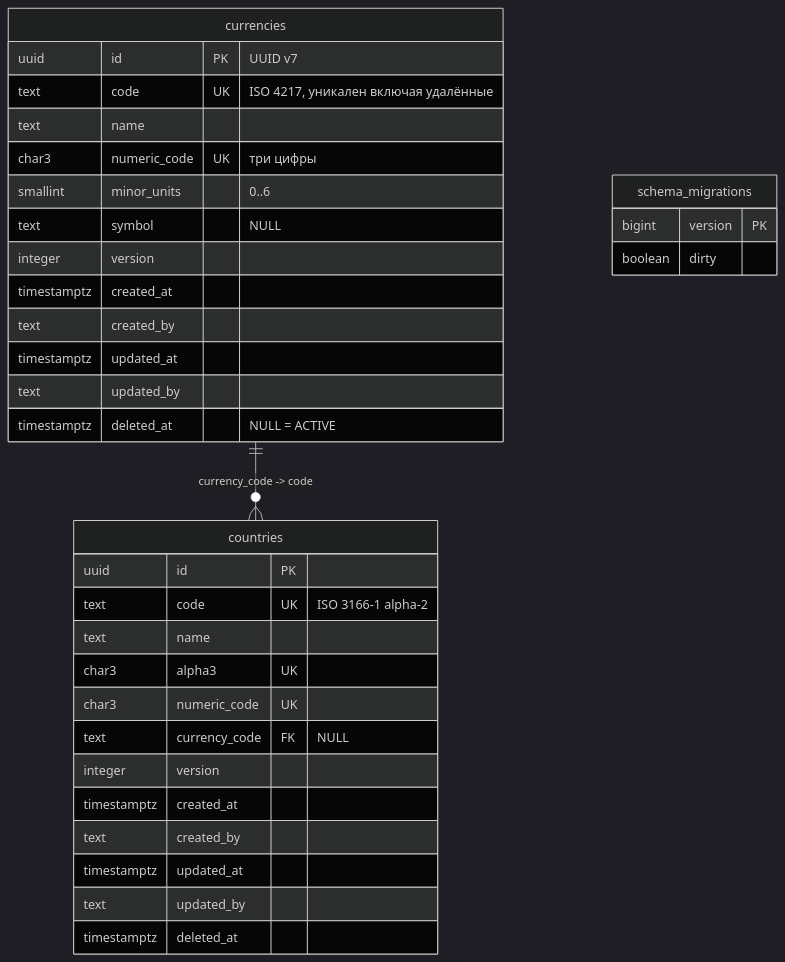
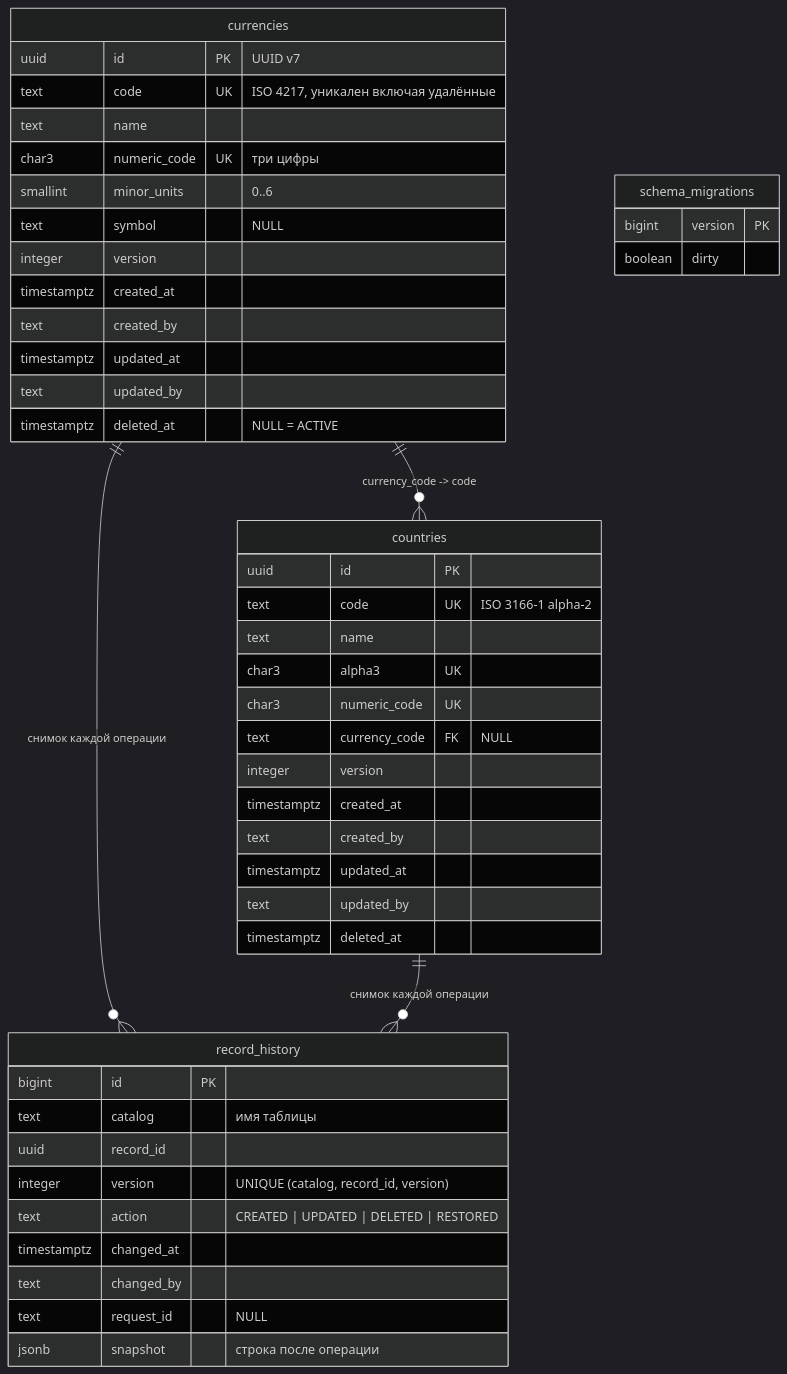
One commit to MEPhI-C22-501/arch-info-system-monorepo changed the diagram in reference-manager/docs/block-f-data-model/120.data-model.md. Above: the diagram before and after it, drawn with Mermaid (dark theme). The commit also changed other lines of this file and 26 other files, not shown here.

First line of the commit message:
docs(reference-manager): add record history, drop multi-tenancy, define CRUXD roles

````diff
--- a/reference-manager/docs/block-f-data-model/120.data-model.md
+++ b/reference-manager/docs/block-f-data-model/120.data-model.md
@@ -12,39 +12,53 @@
 ```mermaid
 erDiagram
     currencies ||--o{ countries : "currency_code -> code"
+    currencies ||--o{ record_history : "снимок каждой операции"
+    countries ||--o{ record_history : "снимок каждой операции"
 
     currencies {
         uuid id PK "UUID v7"
         text code UK "ISO 4217, уникален включая удалённые"
         text name
         char3 numeric_code UK "три цифры"
         smallint minor_units "0..6"
         text symbol "NULL"
         integer version
         timestamptz created_at
         text created_by
         timestamptz updated_at
         text updated_by
         timestamptz deleted_at "NULL = ACTIVE"
     }
 
     countries {
         uuid id PK
         text code UK "ISO 3166-1 alpha-2"
         text name
         char3 alpha3 UK
         char3 numeric_code UK
         text currency_code FK "NULL"
         integer version
         timestamptz created_at
         text created_by
         timestamptz updated_at
         text updated_by
         timestamptz deleted_at
     }
 
+    record_history {
+        bigint id PK
+        text catalog "имя таблицы"
+        uuid record_id
+        integer version "UNIQUE (catalog, record_id, version)"
+        text action "CREATED | UPDATED | DELETED | RESTORED"
+        timestamptz changed_at
+        text changed_by
+        text request_id "NULL"
+        jsonb snapshot "строка после операции"
+    }
+
     schema_migrations {
         bigint version PK
         boolean dirty
     }
 ```
````
